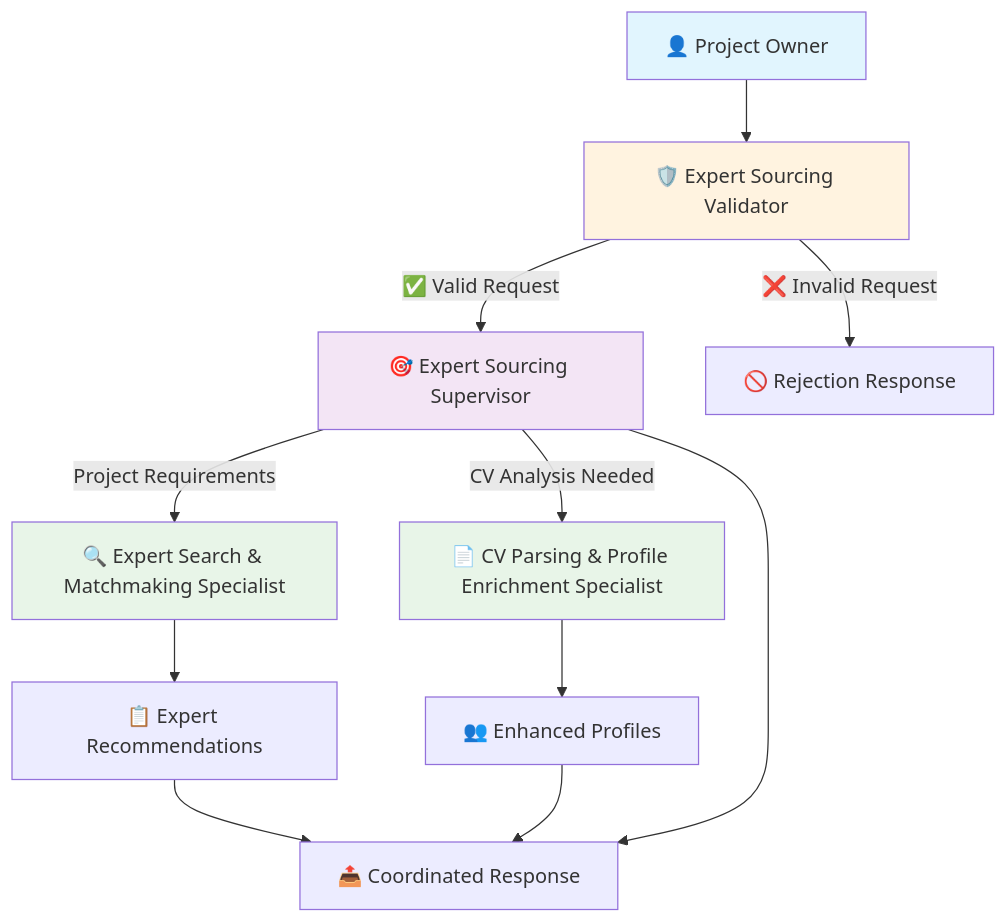
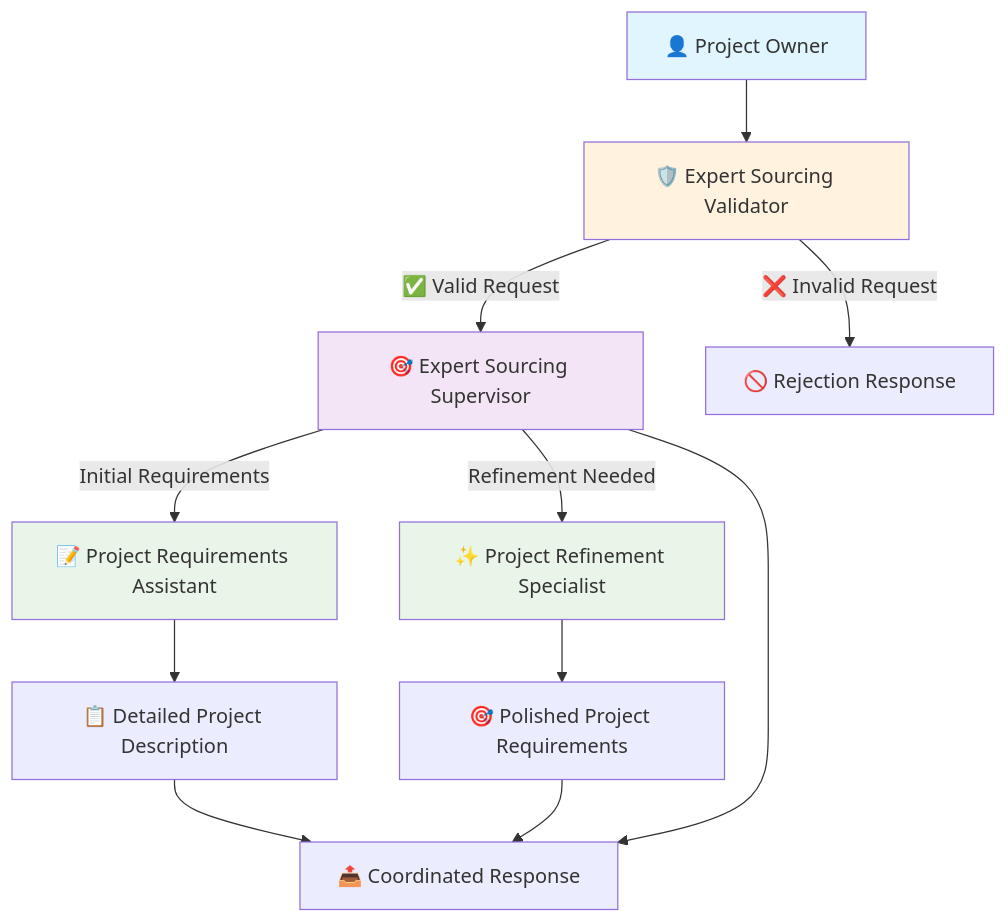
The first of 2 diagrams in README.md (sandrop8/multi-agent-expert-sourcing), drawn with Mermaid before and after one commit. The commit also changed other lines of this file and 3 other files, not shown here.

Commit message:
refactor: Align agent names with project description workflow - renamed agents to focus on helping project owners create and refine project descriptions

````diff
--- a/README.md
+++ b/README.md
@@ -17,22 +17,22 @@
 ```mermaid
 graph TD
     A[👤 Project Owner] --> B[🛡️ Expert Sourcing Validator]
     B -->|✅ Valid Request| C[🎯 Expert Sourcing Supervisor]
     B -->|❌ Invalid Request| D[🚫 Rejection Response]
     
-    C -->|Project Requirements| E[🔍 Expert Search & Matchmaking Specialist]
-    C -->|CV Analysis Needed| F[📄 CV Parsing & Profile Enrichment Specialist]
+    C -->|Initial Requirements| E[📝 Project Requirements Assistant]
+    C -->|Refinement Needed| F[✨ Project Refinement Specialist]
     
-    E --> G[📋 Expert Recommendations]
-    F --> H[👥 Enhanced Profiles]
+    E --> G[📋 Detailed Project Description]
+    F --> H[🎯 Polished Project Requirements]
     
     G --> I[📤 Coordinated Response]
     H --> I
     C --> I
     
     style A fill:#e1f5fe
     style C fill:#f3e5f5
     style B fill:#fff3e0
     style E fill:#e8f5e8
     style F fill:#e8f5e8
 ```
````
